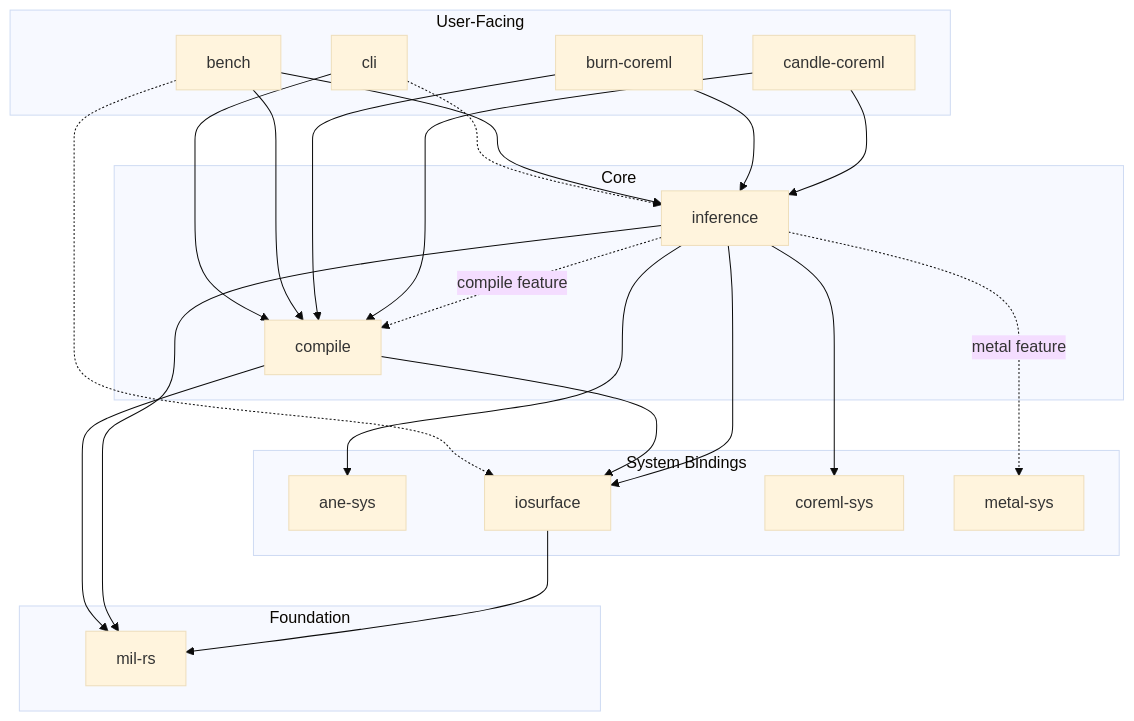
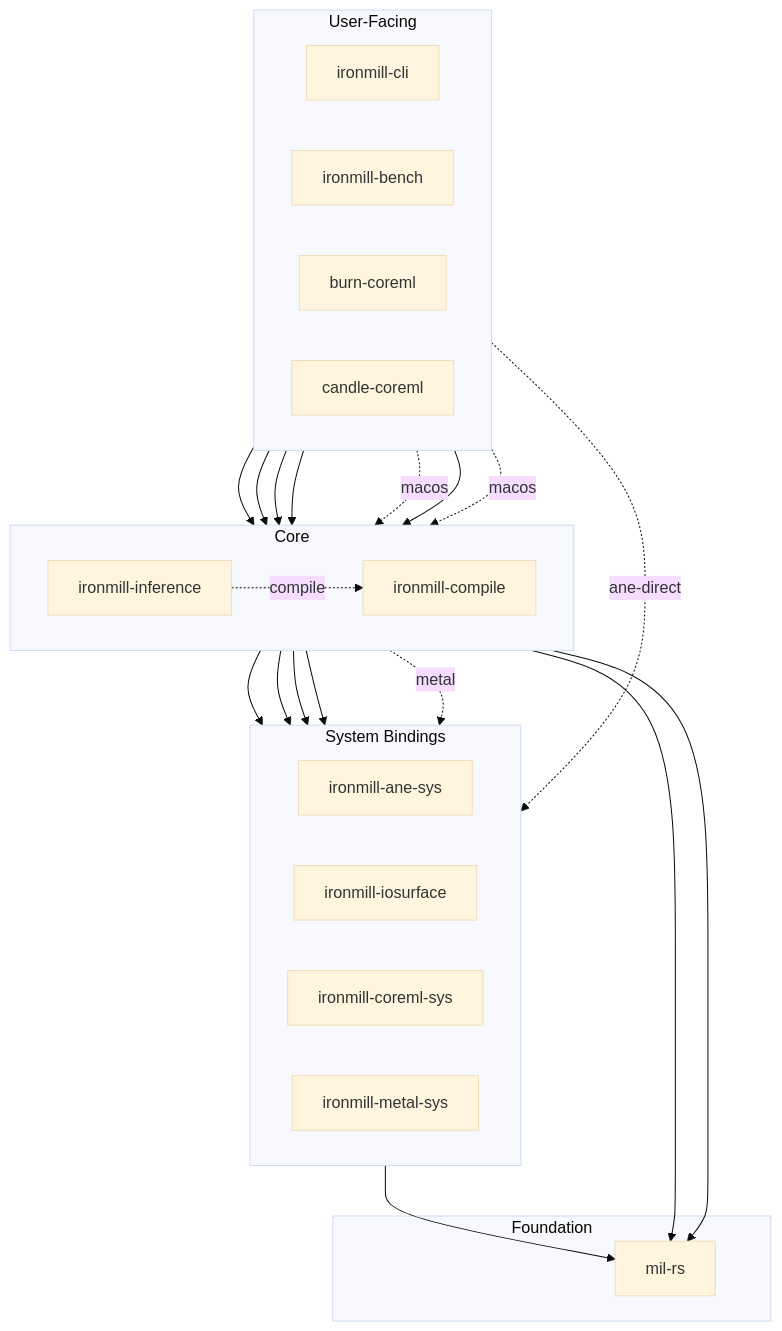
Before and after one commit to jafreck/ironmill: the second of 2 diagrams in README.md, drawn with Mermaid (base theme). The commit also changed other lines of this file, not shown here.

Commit message:
docs: update README diagrams for compilation pipeline and crate structure
Compilation pipeline:
- SafeTensors/GGUF now enter via architecture templates, not mil-rs
- Add ANE lowering → .ironml bundle output path
- Mark xcrun → .mlmodelc as optional
- Update pass list to match codebase

Crate structure:
- Switch to flowchart TD with curved arrows for readability
- Use full crate names and subgraph titles above content
- Fix cli → inference (removed, no longer a dependency)
- Label platform/feature-gated deps (macos, metal, compile)

````diff
--- a/README.md
+++ b/README.md
@@ -181,50 +187,47 @@
 ```mermaid
-graph TD
-    subgraph User-Facing
-        cli["cli"]
-        bench["bench"]
+%%{init: {'flowchart': {'curve': 'basis'}}}%%
+flowchart TD
+    subgraph user["User-Facing"]
+        direction LR
+        cli["ironmill-cli"]
+        bench["ironmill-bench"]
         burn["burn-coreml"]
         candle["candle-coreml"]
     end
 
-    subgraph Core
-        compile["compile"]
-        inference["inference"]
+    subgraph core["Core"]
+        direction LR
+        compile["ironmill-compile"]
+        inference["ironmill-inference"]
     end
 
-    subgraph System Bindings
-        ane["ane-sys"]
-        ios["iosurface"]
-        coremlsys["coreml-sys"]
-        metalsys["metal-sys"]
+    subgraph sys["System Bindings"]
+        direction LR
+        ane["ironmill-ane-sys"]
+        ios["ironmill-iosurface"]
+        coremlsys["ironmill-coreml-sys"]
+        metalsys["ironmill-metal-sys"]
     end
 
-    subgraph Foundation
+    subgraph found["Foundation"]
         mil["mil-rs"]
     end
 
     cli --> compile
-    cli -.-> inference
-
     bench --> compile
     bench --> inference
-    bench -.-> ios
-
+    bench -. "ane-direct" .-> ios
     burn --> compile
-    burn --> inference
-
+    burn -. "macos" .-> inference
     candle --> compile
-    candle --> inference
-
+    candle -. "macos" .-> inference
     compile --> mil
     compile --> ios
-
     inference --> mil
     inference --> ane
     inference --> ios
     inference --> coremlsys
-    inference -.->|"metal" feature| metalsys
-    inference -.->|"compile" feature| compile
-
+    inference -. "metal" .-> metalsys
+    inference -. "compile" .-> compile
     ios --> mil
 ```
````
